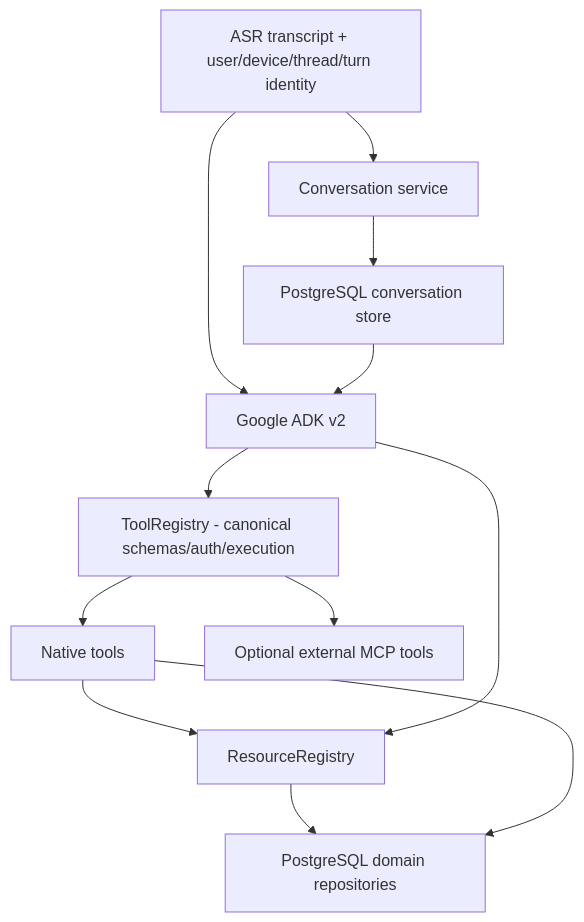
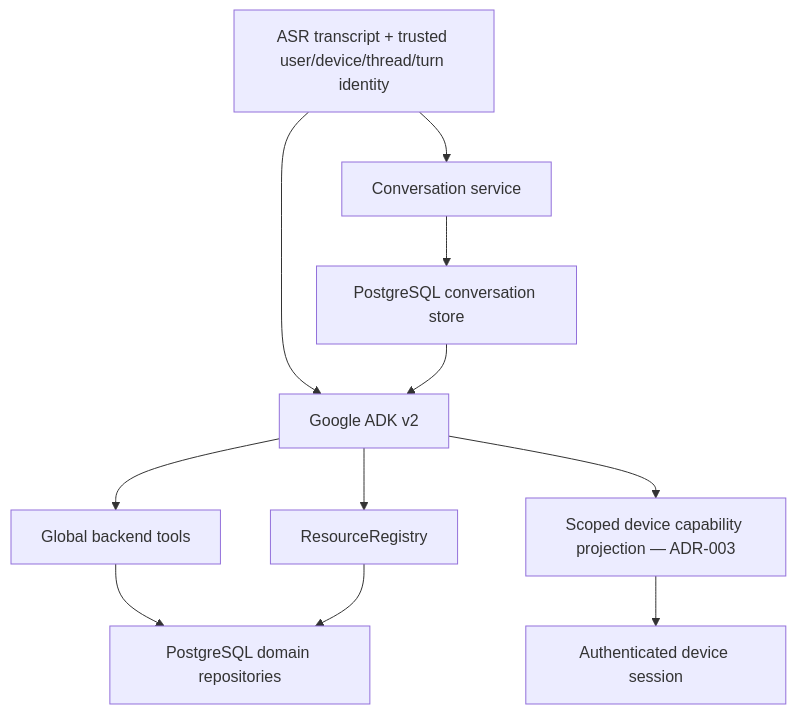
One commit to diepgiahuy/ai-companion changed the diagram in docs/ARCHITECTURE.md. Above: the diagram before and after it, drawn with Mermaid. The commit also changed other lines of this file, not shown here.

Commit message:
docs(architecture): remove duplicate capability specification

````diff
--- a/docs/ARCHITECTURE.md
+++ b/docs/ARCHITECTURE.md
@@ -59,14 +78,13 @@
 ```mermaid
 flowchart TD
-    Turn["ASR transcript + user/device/thread/turn identity"] --> Conversation["Conversation service"]
+    Turn["ASR transcript + trusted user/device/thread/turn identity"] --> Conversation["Conversation service"]
     Conversation --> History["PostgreSQL conversation store"]
     Turn --> Agent["Google ADK v2"]
     History --> Agent
-    Agent --> Tools["ToolRegistry - canonical schemas/auth/execution"]
-    Tools --> NativeTools["Native tools"]
-    Tools --> MCPTools["Optional external MCP tools"]
-    NativeTools --> Resources["ResourceRegistry"]
-    Agent --> Resources
-    Resources --> Domain["PostgreSQL domain repositories"]
-    NativeTools --> Domain
+    Agent --> GlobalTools["Global backend tools"]
+    Agent --> Resources["ResourceRegistry"]
+    GlobalTools --> Domain["PostgreSQL domain repositories"]
+    Resources --> Domain
+    Agent --> DeviceCaps["Scoped device capability projection — ADR-003"]
+    DeviceCaps --> Device["Authenticated device session"]
 ```
````
